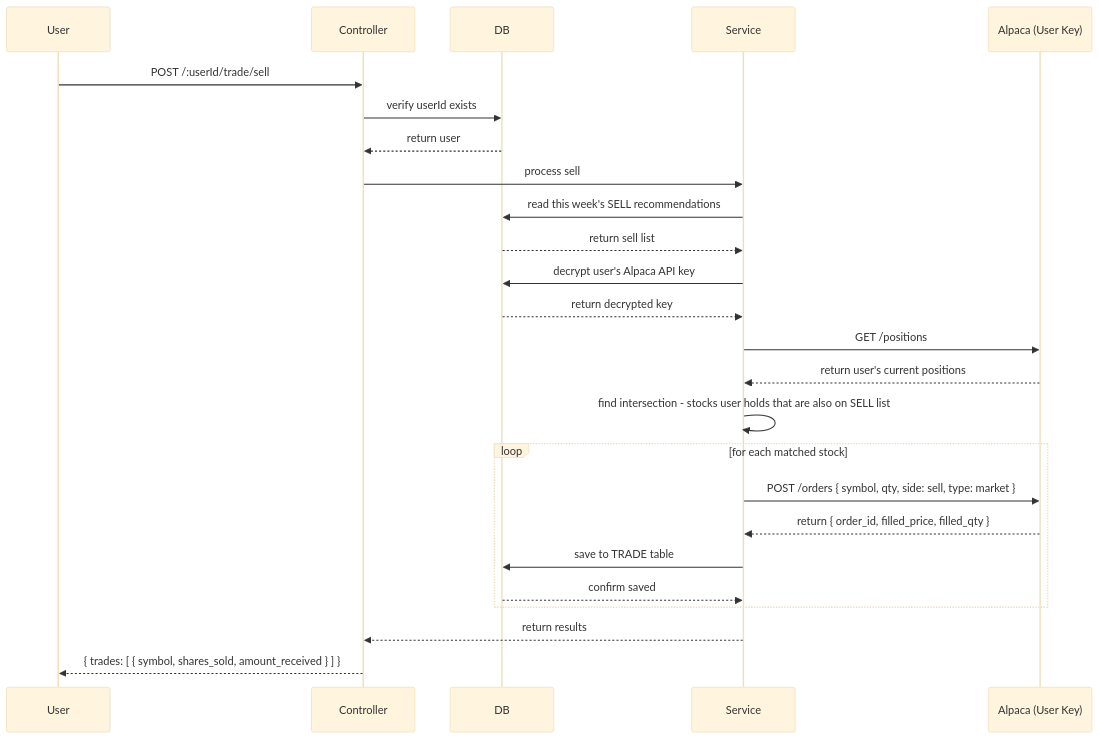
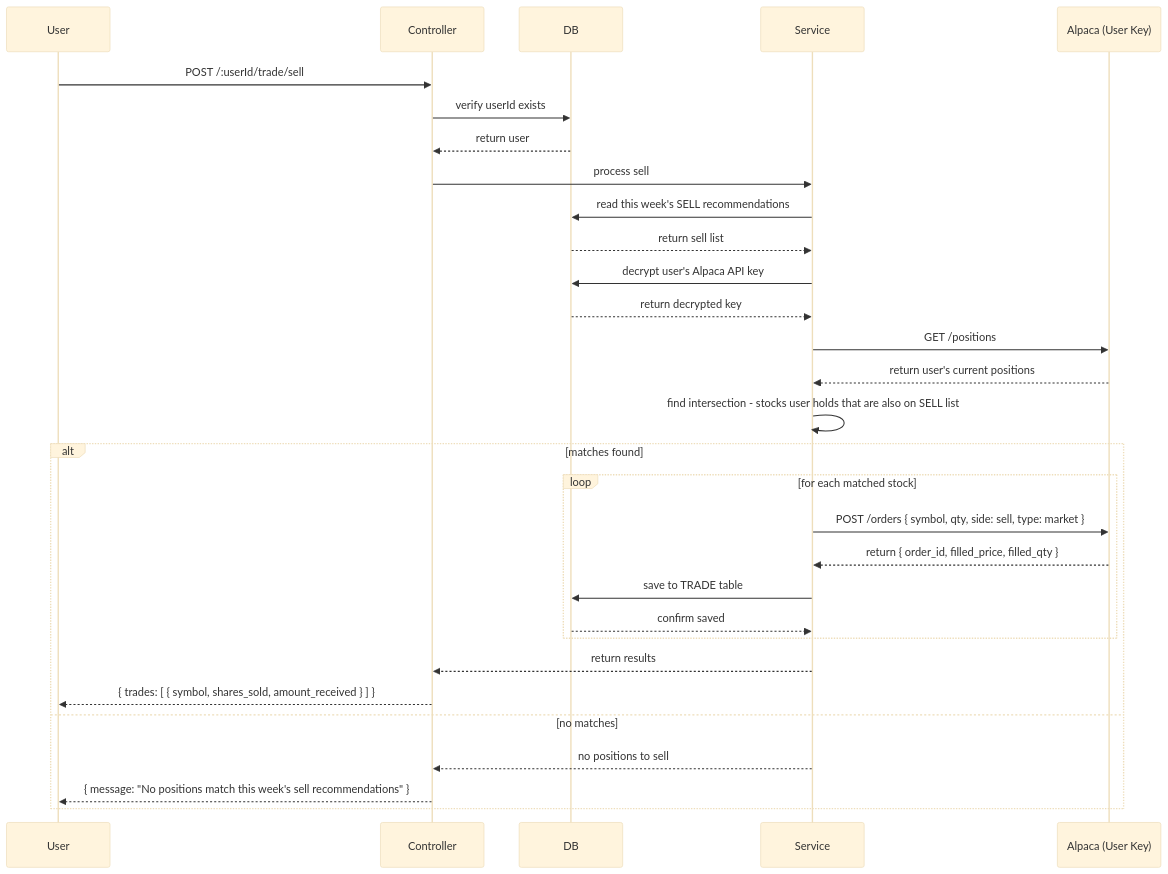
Before and after one commit to shivam-tamboli/momentum-trading-system: the third of 4 diagrams in docs/sequence-diagram.md, drawn with Mermaid (base theme).

Commit message:
Add no-matches branch to User Sell Flow diagram
Sell flow now branches on whether any held positions match this week's
SELL recommendations, returning a no-positions message when none match.

````diff
--- a/docs/sequence-diagram.md
+++ b/docs/sequence-diagram.md
@@ -78,35 +78,40 @@
 ```mermaid
 sequenceDiagram
     participant User
     participant Controller
     participant DB
     participant Service
     participant Alpaca as Alpaca (User Key)
 
     User->>Controller: POST /:userId/trade/sell
     Controller->>DB: verify userId exists
     DB-->>Controller: return user
 
     Controller->>Service: process sell
 
     Service->>DB: read this week's SELL recommendations
     DB-->>Service: return sell list
 
     Service->>DB: decrypt user's Alpaca API key
     DB-->>Service: return decrypted key
 
     Service->>Alpaca: GET /positions
     Alpaca-->>Service: return user's current positions
 
     Service->>Service: find intersection - stocks user holds that are also on SELL list
 
-    loop for each matched stock
-        Service->>Alpaca: POST /orders { symbol, qty, side: sell, type: market }
-        Alpaca-->>Service: return { order_id, filled_price, filled_qty }
-        Service->>DB: save to TRADE table
-        DB-->>Service: confirm saved
+    alt matches found
+        loop for each matched stock
+            Service->>Alpaca: POST /orders { symbol, qty, side: sell, type: market }
+            Alpaca-->>Service: return { order_id, filled_price, filled_qty }
+            Service->>DB: save to TRADE table
+            DB-->>Service: confirm saved
+        end
+
+        Service-->>Controller: return results
+        Controller-->>User: { trades: [ { symbol, shares_sold, amount_received } ] }
+    else no matches
+        Service-->>Controller: no positions to sell
+        Controller-->>User: { message: "No positions match this week's sell recommendations" }
     end
-
-    Service-->>Controller: return results
-    Controller-->>User: { trades: [ { symbol, shares_sold, amount_received } ] }
 ```
````
